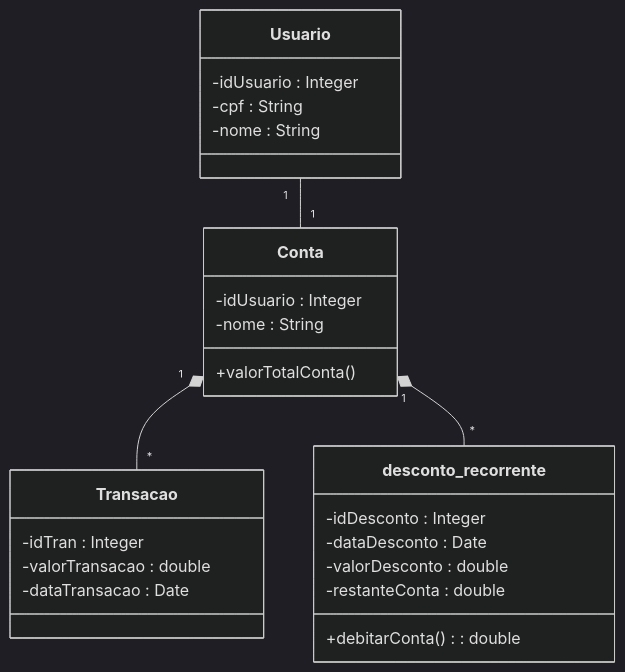
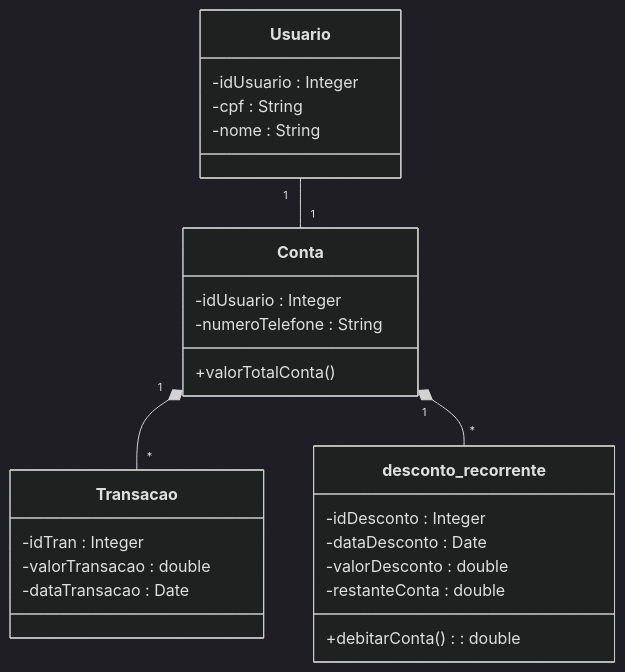
The diagram in mermaid.md (J0aoPaulo/data-persistence-jpa-crud), drawn with Mermaid (dark theme) before and after one commit. The commit also changed 2 other files, not shown here.

Commit message:
consultas Usuario e Conta v1 e troca de nome por número

````diff
--- a/mermaid.md
+++ b/mermaid.md
@@ -1,33 +1,33 @@
 ```mermaid
 classDiagram
 Usuario "1" -- "1" Conta
 Conta "1" *-- "*" Transacao
 Conta "1" *-- "*" desconto_recorrente
 
 
 class Usuario {
 -idUsuario : Integer
 -cpf : String
 -nome : String
 }
 
 class Transacao {
 -idTran : Integer
 -valorTransacao : double
 -dataTransacao : Date
 }
 
 class Conta {
 -idUsuario : Integer
--nome : String
+-numeroTelefone : String
 +valorTotalConta()
 }
 
 class desconto_recorrente {
 -idDesconto : Integer
 -dataDesconto : Date
 -valorDesconto : double
 -restanteConta : double
 +debitarConta() : double
 }
 ```
````
